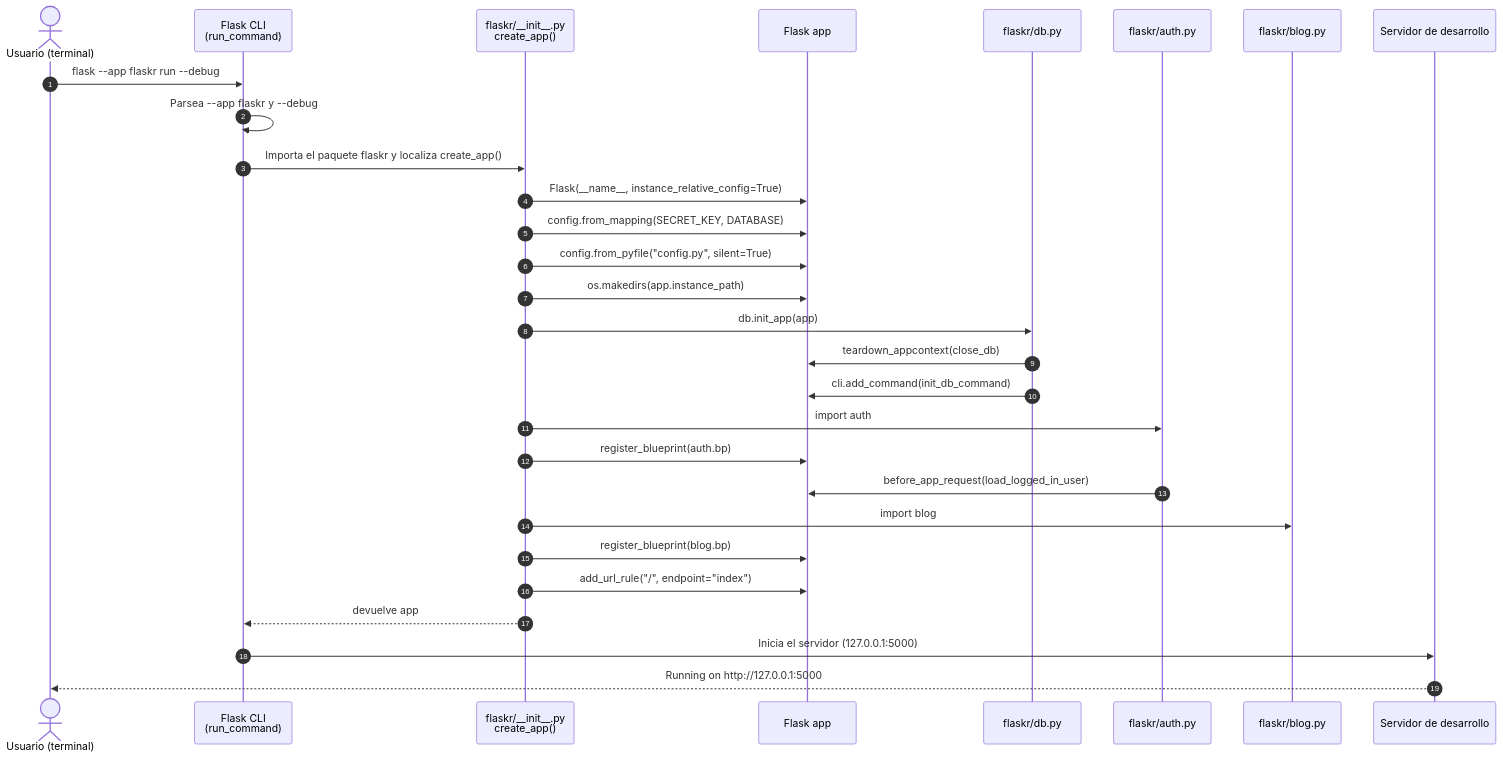
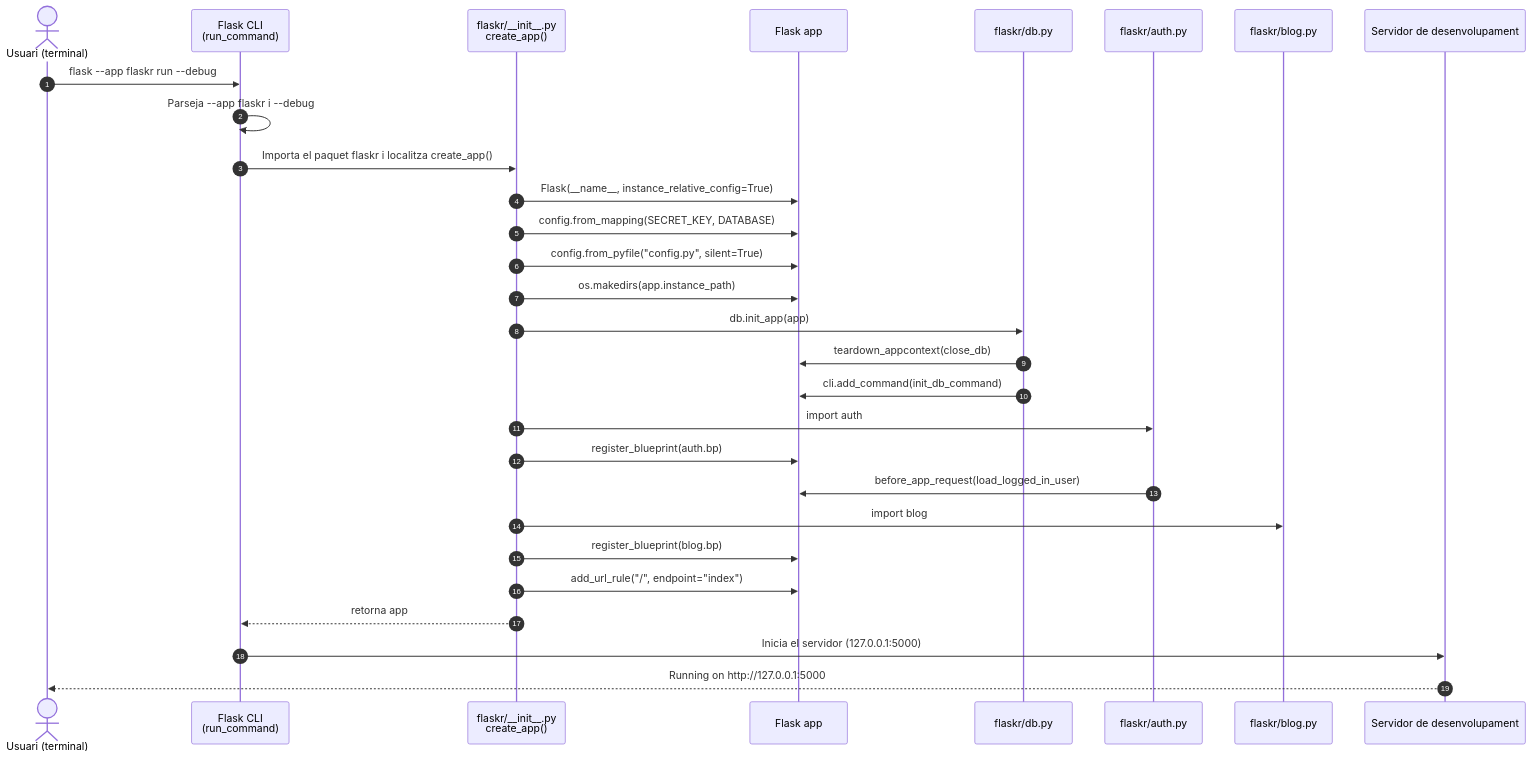
One commit to MDC208/BlogFlaskTutorial changed the third of 4 diagrams in doc/diagcomponents.md. Above: the diagram before and after it, drawn with Mermaid. The commit also changed other lines of this file, not shown here.

````diff
--- a/doc/diagcomponents.md
+++ b/doc/diagcomponents.md
@@ -117,32 +117,32 @@
 ```mermaid
 sequenceDiagram
     autonumber
-    actor U as Usuario (terminal)
+    actor U as Usuari (terminal)
     participant CLI as Flask CLI<br/>(run_command)
     participant Init as flaskr/__init__.py<br/>create_app()
     participant App as Flask app
     participant DB as flaskr/db.py
     participant Auth as flaskr/auth.py
     participant Blog as flaskr/blog.py
-    participant Srv as Servidor de desarrollo
+    participant Srv as Servidor de desenvolupament
 
     U->>CLI: flask --app flaskr run --debug
-    CLI->>CLI: Parsea --app flaskr y --debug
-    CLI->>Init: Importa el paquete flaskr y localiza create_app()
+    CLI->>CLI: Parseja --app flaskr i --debug
+    CLI->>Init: Importa el paquet flaskr i localitza create_app()
     Init->>App: Flask(__name__, instance_relative_config=True)
     Init->>App: config.from_mapping(SECRET_KEY, DATABASE)
     Init->>App: config.from_pyfile("config.py", silent=True)
     Init->>App: os.makedirs(app.instance_path)
     Init->>DB: db.init_app(app)
     DB->>App: teardown_appcontext(close_db)
     DB->>App: cli.add_command(init_db_command)
     Init->>Auth: import auth
     Init->>App: register_blueprint(auth.bp)
     Auth->>App: before_app_request(load_logged_in_user)
     Init->>Blog: import blog
     Init->>App: register_blueprint(blog.bp)
     Init->>App: add_url_rule("/", endpoint="index")
-    Init-->>CLI: devuelve app
+    Init-->>CLI: retorna app
     CLI->>Srv: Inicia el servidor (127.0.0.1:5000)
     Srv-->>U: Running on http://127.0.0.1:5000
 ```
````
